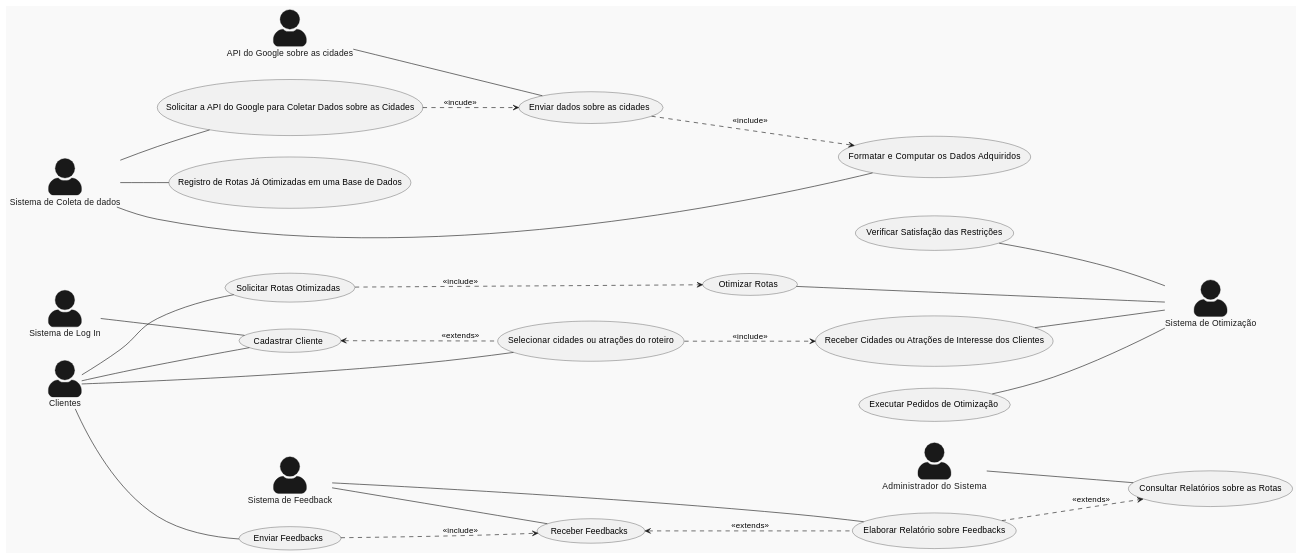
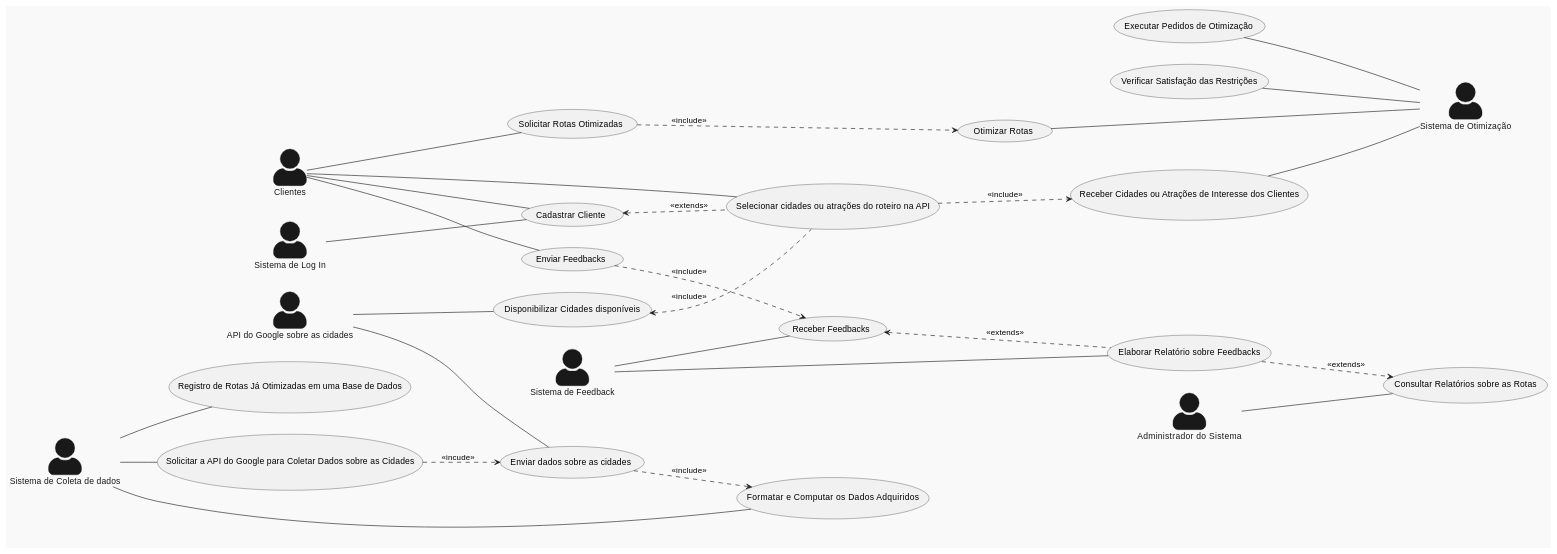
One commit to pedrodilallo/site_turismo_SIG changed the diagram in Relatório/Semana-1/Diagramas/DCU.md. Above: the diagram before and after it, drawn with PlantUML. The commit also changed 1 other file, not shown here.

Commit message:
Mais correções DCU

```diff
--- a/Relatório/Semana-1/Diagramas/DCU.md
+++ b/Relatório/Semana-1/Diagramas/DCU.md
@@ -1,55 +1,58 @@
 @startuml
 skinparam actorStyle awesome
 !theme mars
 left to right direction
 
 actor "Clientes" as cliente
 actor "API do Google sobre as cidades" as API
 actor "Sistema de Otimização" as  otimizador
 actor "Administrador do Sistema" as sys_admin
 actor "Sistema de Feedback" as feedback
 actor "Sistema de Log In" as login
 actor "Sistema de Coleta de dados" as coletador
 
 cliente -- (Cadastrar Cliente)
-cliente -- (Selecionar cidades ou atrações do roteiro)
+cliente -- (Selecionar cidades ou atrações do roteiro na API)
 cliente -- (Enviar Feedbacks)
 cliente -- (Solicitar Rotas Otimizadas)
 
 
 
 login   --   (Cadastrar Cliente)
 
 coletador -- (Solicitar a API do Google para Coletar Dados sobre as Cidades)
 coletador -- (Registro de Rotas Já Otimizadas em uma Base de Dados)
 coletador -- (Formatar e Computar os Dados Adquiridos)
 
 
 feedback -- (Receber Feedbacks)
 feedback -- (Elaborar Relatório sobre Feedbacks)
 
 API -- (Enviar dados sobre as cidades)
+API -- (Disponibilizar Cidades disponíveis)
 
 sys_admin -- (Consultar Relatórios sobre as Rotas)
 
 (Receber Cidades ou Atrações de Interesse dos Clientes) -- otimizador 
 (Otimizar Rotas) -- otimizador 
 (Executar Pedidos de Otimização) -- otimizador 
 (Verificar Satisfação das Restrições) -- otimizador 
 (Solicitar Rotas Otimizadas) ..> (Otimizar Rotas) : <<include>>
 
 
+(Disponibilizar Cidades disponíveis) <.. (Selecionar cidades ou atrações do roteiro na API) : <<include>>
+
 (Enviar Feedbacks) ..> (Receber Feedbacks) : <<include>>
 (Receber Feedbacks) <.. (Elaborar Relatório sobre Feedbacks) : <<extends>>
 
 (Elaborar Relatório sobre Feedbacks) ..> (Consultar Relatórios sobre as Rotas) : <<extends>>
-(Cadastrar Cliente) <.. (Selecionar cidades ou atrações do roteiro) : <<extends>>
+(Cadastrar Cliente) <.. (Selecionar cidades ou atrações do roteiro na API) : <<extends>>
 
 (Enviar dados sobre as cidades) ..> (Formatar e Computar os Dados Adquiridos) : <<include>>
-(Selecionar cidades ou atrações do roteiro) ..>  (Receber Cidades ou Atrações de Interesse dos Clientes) : <<include>>
+(Selecionar cidades ou atrações do roteiro na API) ..>  (Receber Cidades ou Atrações de Interesse dos Clientes) : <<include>>
 (Solicitar a API do Google para Coletar Dados sobre as Cidades) ..> (Enviar dados sobre as cidades) : <<incude>>
 
 
 
 
 @enduml
```
